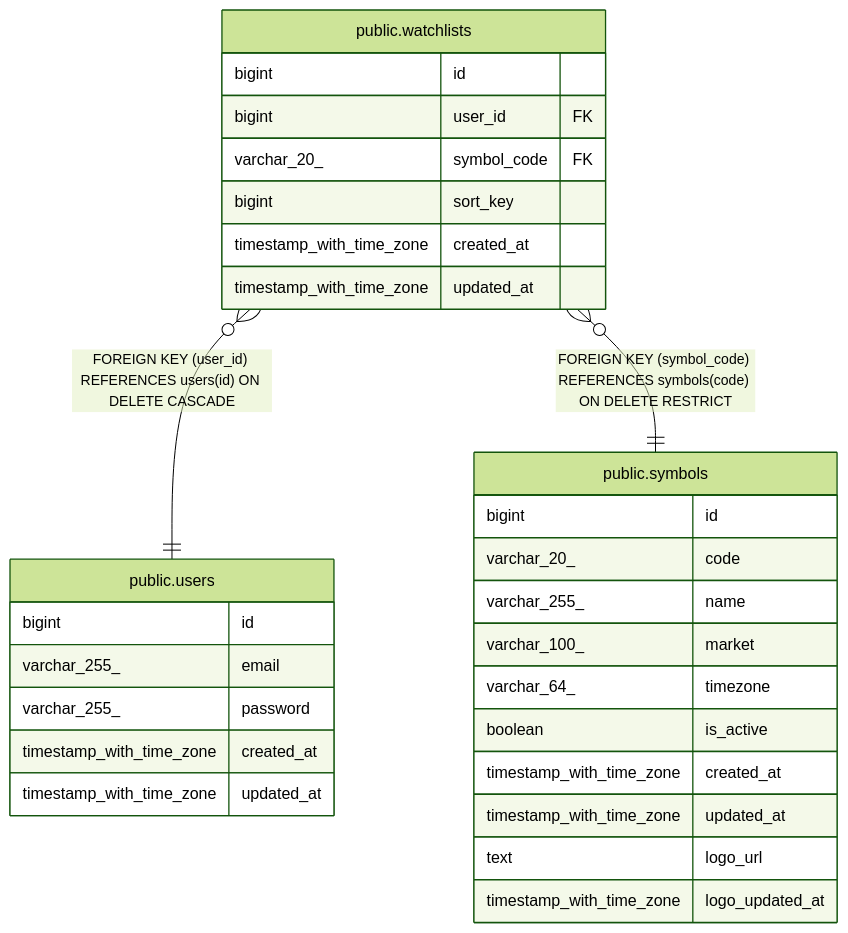
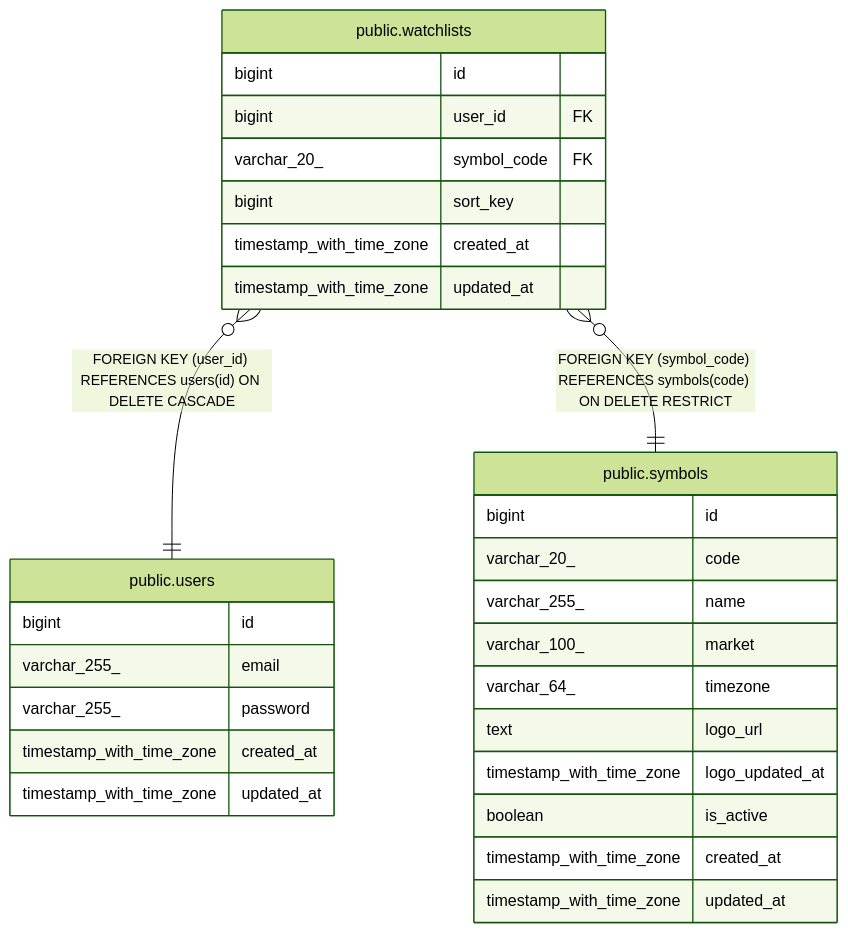
One commit to UCHIDAnobuhiro/stock_backend changed the diagram in docs/schema/public.watchlists.md. Above: the diagram before and after it, drawn with Mermaid (forest theme). The commit also changed other lines of this file and 4 other files, not shown here.

First line of the commit message:
docs: スキーマドキュメントの logo_url/logo_updated_at カラム順序を修正

````diff
--- a/docs/schema/public.watchlists.md
+++ b/docs/schema/public.watchlists.md
@@ -33,34 +33,34 @@
 ```mermaid
 erDiagram
 
 "public.watchlists" }o--|| "public.users" : "FOREIGN KEY (user_id) REFERENCES users(id) ON DELETE CASCADE"
 "public.watchlists" }o--|| "public.symbols" : "FOREIGN KEY (symbol_code) REFERENCES symbols(code) ON DELETE RESTRICT"
 
 "public.watchlists" {
   bigint id ""
   bigint user_id FK ""
   varchar_20_ symbol_code FK ""
   bigint sort_key ""
   timestamp_with_time_zone created_at ""
   timestamp_with_time_zone updated_at ""
 }
 "public.users" {
   bigint id ""
   varchar_255_ email ""
   varchar_255_ password ""
   timestamp_with_time_zone created_at ""
   timestamp_with_time_zone updated_at ""
 }
 "public.symbols" {
   bigint id ""
   varchar_20_ code ""
   varchar_255_ name ""
   varchar_100_ market ""
   varchar_64_ timezone ""
+  text logo_url ""
+  timestamp_with_time_zone logo_updated_at ""
   boolean is_active ""
   timestamp_with_time_zone created_at ""
   timestamp_with_time_zone updated_at ""
-  text logo_url ""
-  timestamp_with_time_zone logo_updated_at ""
 }
 ```
````
